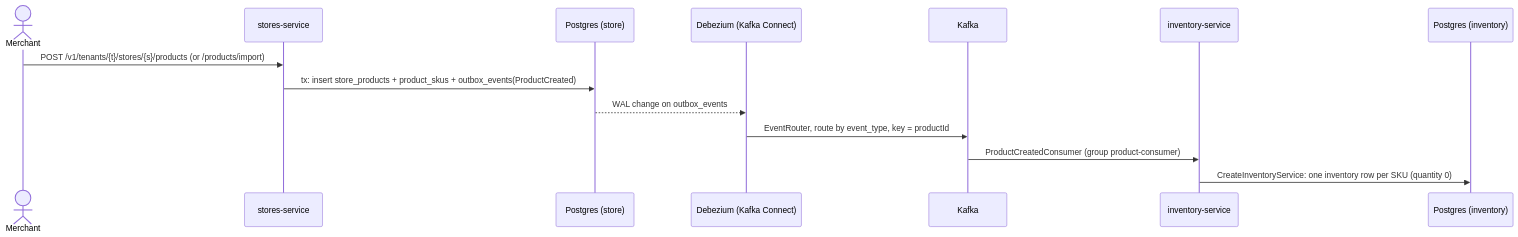
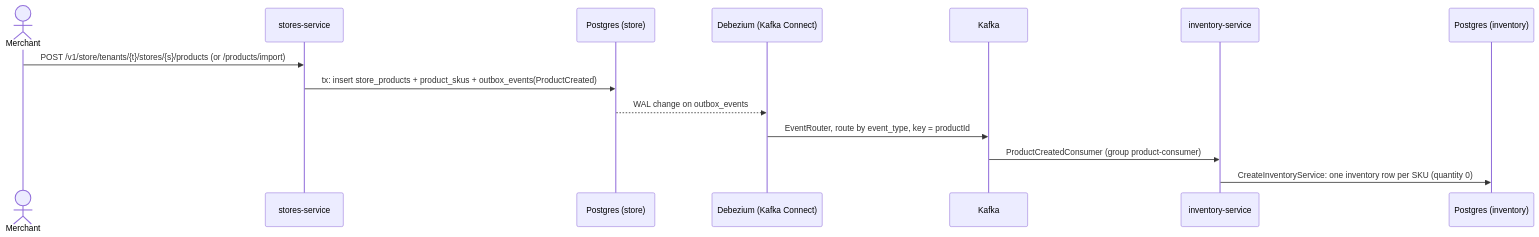
The diagram in architecture/flows/product-created.md (domt97/oms-workspace), drawn with Mermaid before and after one commit. The commit also changed 2 other files, not shown here.

Commit message:
docs: update API paths to reflect Option B gateway-ready convention
- stores-service prefix: /v1 → /v1/store
- inventory-service prefix: /v1 → /v1/inventory
- create inventory moved to /internal/v1/inventory/inventories (internal only)
- stock-movement path pluralised to stock-movements

````diff
--- a/architecture/flows/product-created.md
+++ b/architecture/flows/product-created.md
@@ -5,17 +5,17 @@
 ```mermaid
 sequenceDiagram
     actor M as Merchant
     participant S as stores-service
     participant PG as Postgres (store)
     participant D as Debezium (Kafka Connect)
     participant K as Kafka
     participant I as inventory-service
     participant IPG as Postgres (inventory)
 
-    M->>S: POST /v1/tenants/{t}/stores/{s}/products (or /products/import)
+    M->>S: POST /v1/store/tenants/{t}/stores/{s}/products (or /products/import)
     S->>PG: tx: insert store_products + product_skus + outbox_events(ProductCreated)
     PG-->>D: WAL change on outbox_events
     D->>K: EventRouter, route by event_type, key = productId
     K->>I: ProductCreatedConsumer (group product-consumer)
     I->>IPG: CreateInventoryService: one inventory row per SKU (quantity 0)
 ```
````
